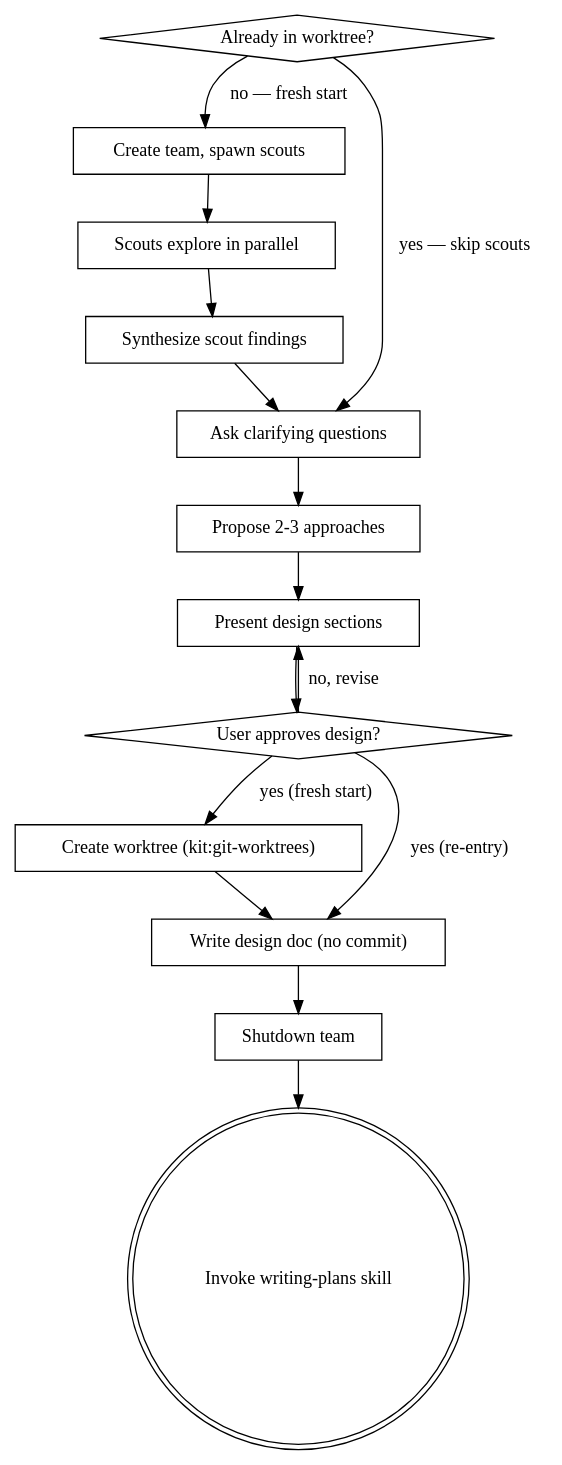
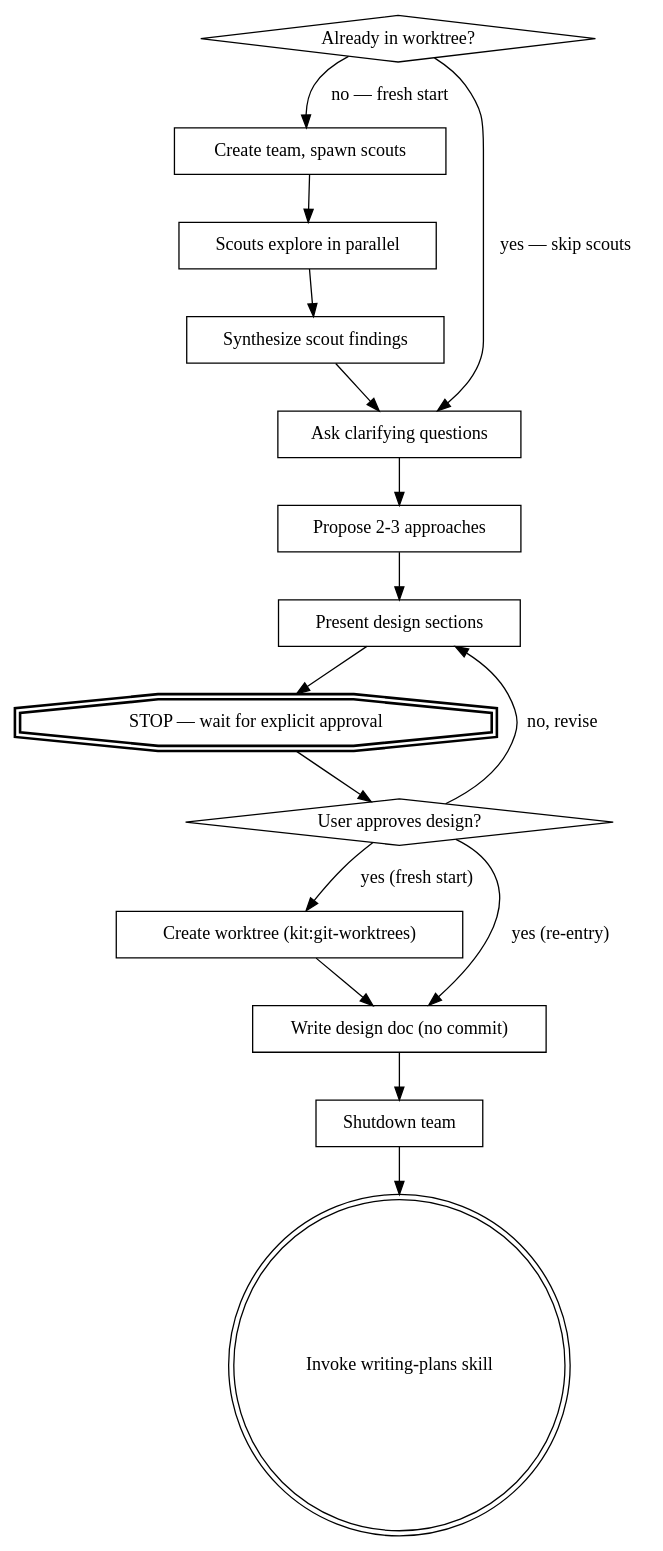
Before and after one commit to shousper/claude-kit: the diagram in skills/brainstorming/SKILL.md, drawn with Graphviz. The commit also changed other lines of this file, not shown here.

First line of the commit message:
Fix brainstorming skill skipping design approval gate

````diff
--- a/skills/brainstorming/SKILL.md
+++ b/skills/brainstorming/SKILL.md
@@ -55,31 +56,33 @@
 ```dot
 digraph brainstorming {
     "Already in worktree?" [shape=diamond];
     "Create team, spawn scouts" [shape=box];
     "Scouts explore in parallel" [shape=box];
     "Synthesize scout findings" [shape=box];
     "Ask clarifying questions" [shape=box];
     "Propose 2-3 approaches" [shape=box];
     "Present design sections" [shape=box];
+    "STOP — wait for explicit approval" [shape=doubleoctagon, style=bold];
     "User approves design?" [shape=diamond];
     "Create worktree (kit:git-worktrees)" [shape=box];
     "Write design doc (no commit)" [shape=box];
     "Shutdown team" [shape=box];
     "Invoke writing-plans skill" [shape=doublecircle];
 
     "Already in worktree?" -> "Ask clarifying questions" [label="yes — skip scouts"];
     "Already in worktree?" -> "Create team, spawn scouts" [label="no — fresh start"];
     "Create team, spawn scouts" -> "Scouts explore in parallel";
     "Scouts explore in parallel" -> "Synthesize scout findings";
     "Synthesize scout findings" -> "Ask clarifying questions";
     "Ask clarifying questions" -> "Propose 2-3 approaches";
     "Propose 2-3 approaches" -> "Present design sections";
-    "Present design sections" -> "User approves design?";
+    "Present design sections" -> "STOP — wait for explicit approval";
+    "STOP — wait for explicit approval" -> "User approves design?";
     "User approves design?" -> "Present design sections" [label="no, revise"];
     "User approves design?" -> "Create worktree (kit:git-worktrees)" [label="yes (fresh start)"];
     "User approves design?" -> "Write design doc (no commit)" [label="yes (re-entry)"];
     "Create worktree (kit:git-worktrees)" -> "Write design doc (no commit)";
     "Write design doc (no commit)" -> "Shutdown team";
     "Shutdown team" -> "Invoke writing-plans skill";
 }
 ```
````
